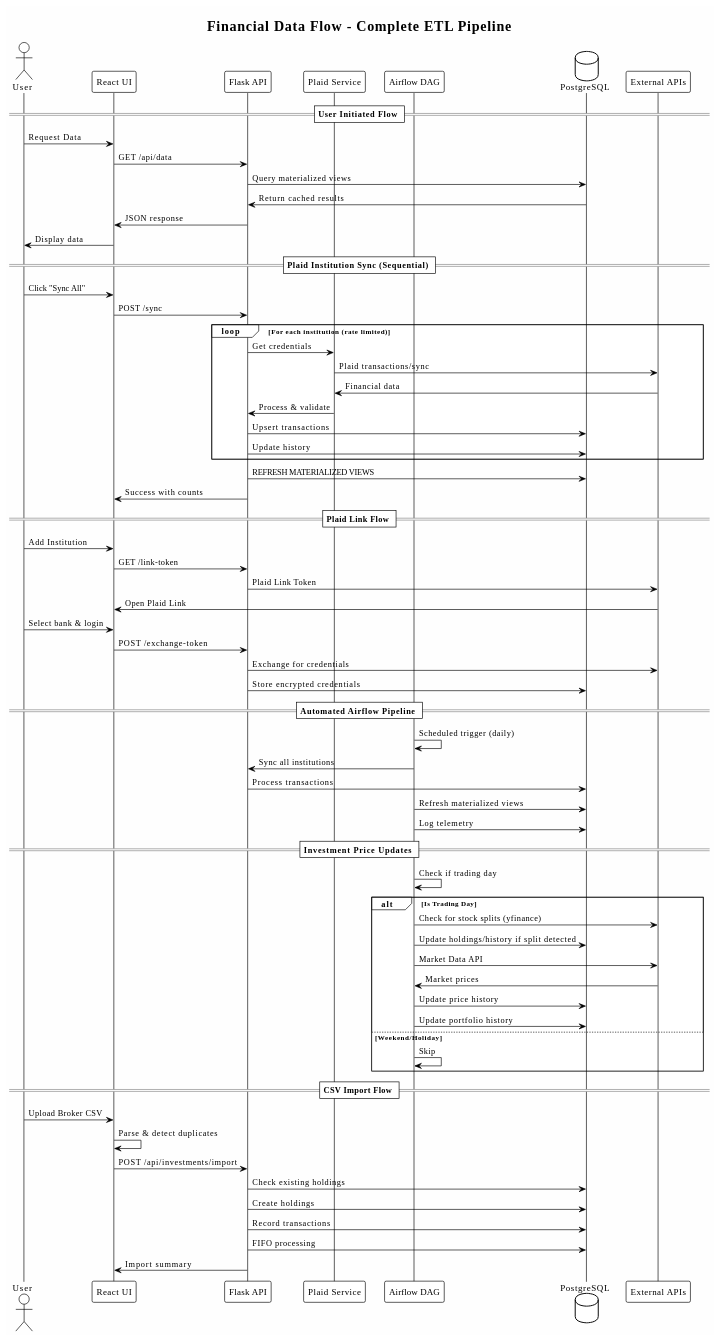
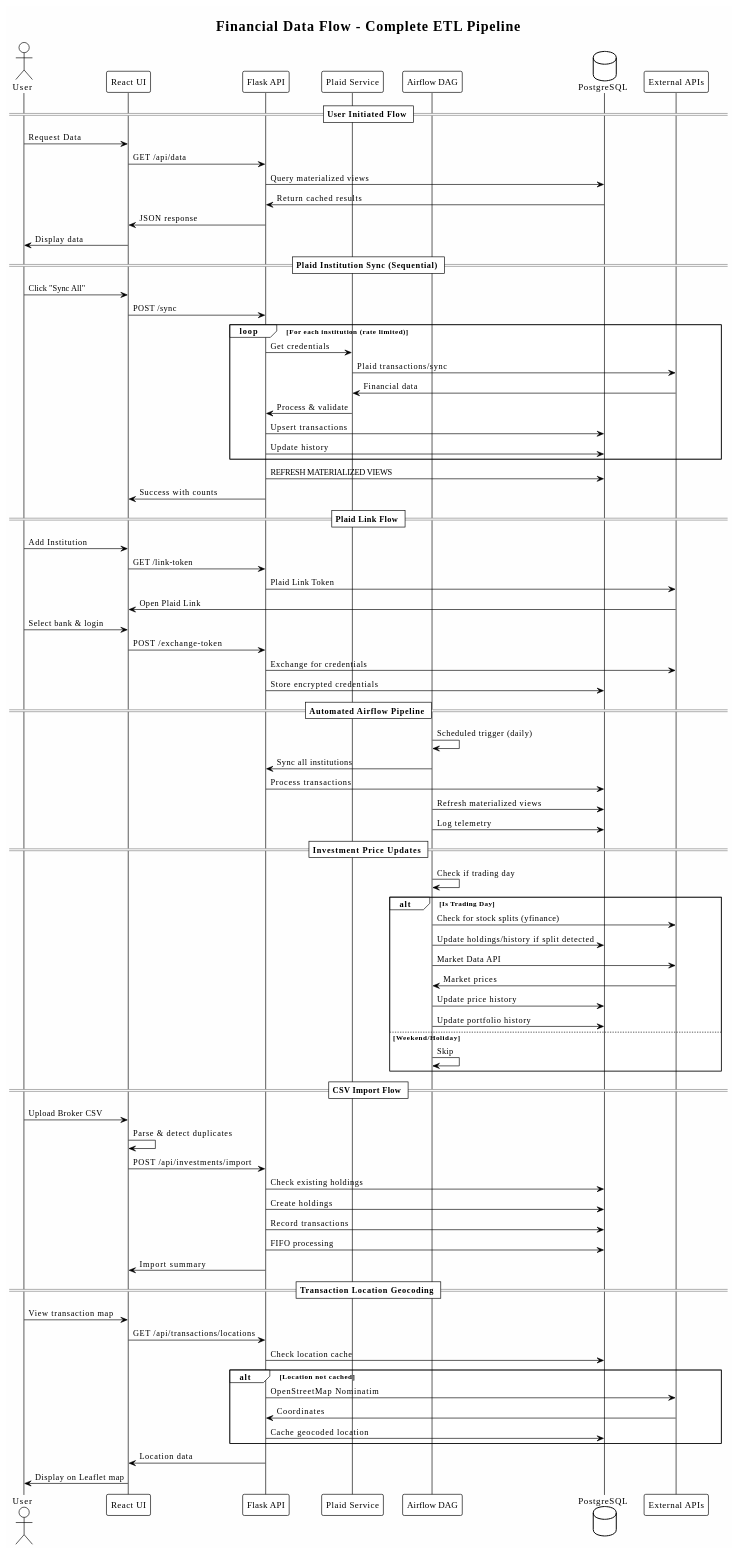
Before and after one commit to m-dur/docs: the second of 2 diagrams in README.md, drawn with PlantUML. The commit also changed other lines of this file and 1 other file, not shown here.

Commit message:
docs: Update README and changelog with latest features
- Add transaction location tracking with geocoding and Leaflet maps
- Add raw API data capture and serialization
- Add monthly cash flow impact analysis
- Add holdings comparison with "what if held" analysis
- Add transfer smoothing for portfolio charts
- Update system architecture diagram with maps and geocoding
- Update data flow diagram with location geocoding flow
- Add 100x performance optimization for database statistics

````diff
--- a/README.md
+++ b/README.md
@@ -203,5 +208,17 @@
 API -> DB : FIFO processing
 API -> UI : Import summary
 
+== Transaction Location Geocoding ==
+U -> UI : View transaction map
+UI -> API : GET /api/transactions/locations
+API -> DB : Check location cache
+alt Location not cached
+  API -> EXT : OpenStreetMap Nominatim
+  EXT -> API : Coordinates
+  API -> DB : Cache geocoded location
+end
+API -> UI : Location data
+UI -> U : Display on Leaflet map
+
 @enduml
 ```
````
